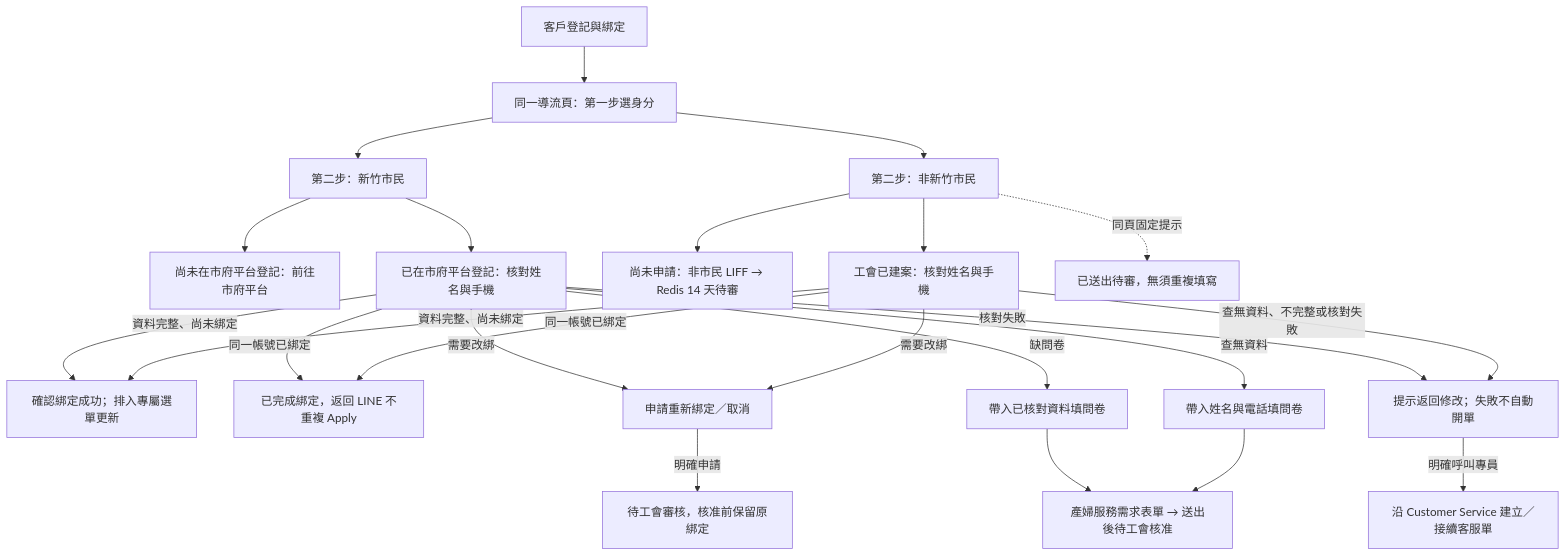
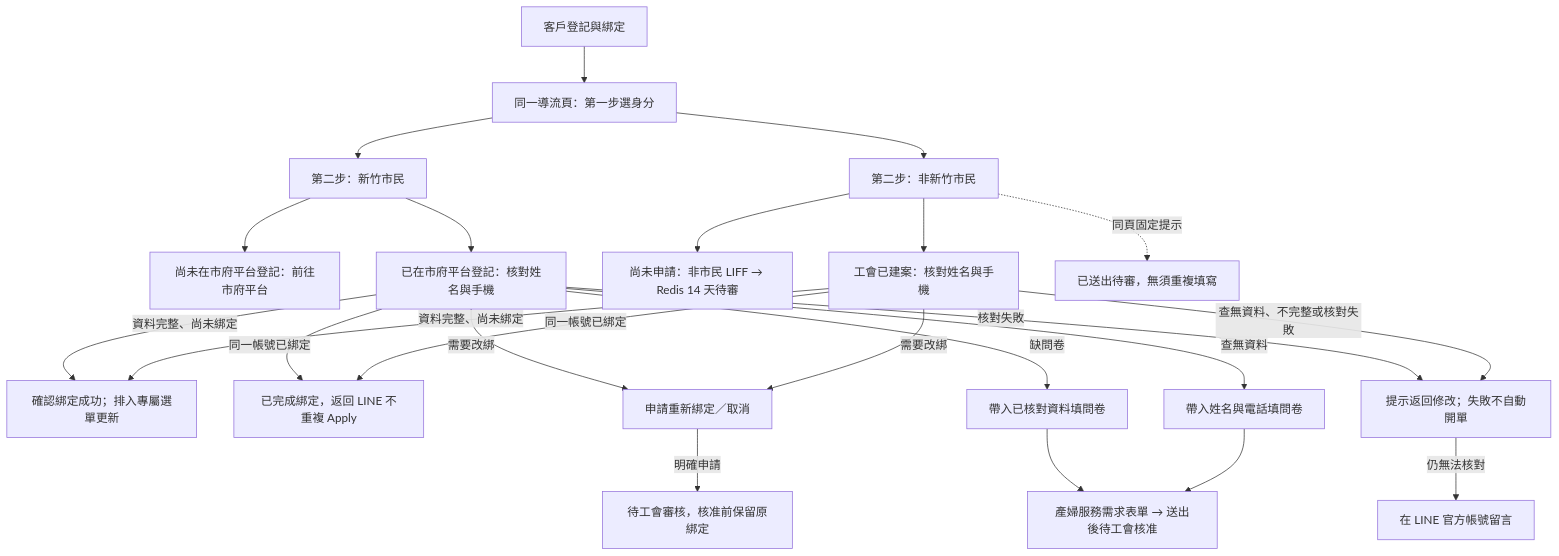
Before and after one commit to chrishzc/Labor_union: the first of 3 diagrams in document/架構重整/01_規格基線/26_LINE四大模組Eraser流程圖轉錄與驗收基線.md, drawn with Mermaid. The commit also changed other lines of this file and 138 other files, not shown here.

````diff
--- a/document/架構重整/01_規格基線/26_LINE四大模組Eraser流程圖轉錄與驗收基線.md
+++ b/document/架構重整/01_規格基線/26_LINE四大模組Eraser流程圖轉錄與驗收基線.md
@@ -43,25 +43,25 @@
 ```mermaid
 flowchart TD
     User_Entry["客戶登記與綁定"] --> Gateway_View["同一導流頁：第一步選身分"]
     Gateway_View --> Citizen_Status["第二步：新竹市民"]
     Gateway_View --> Non_Citizen_Status["第二步：非新竹市民"]
     Citizen_Status --> Branch_Gov_No["尚未在市府平台登記：前往市府平台"]
     Citizen_Status --> Branch_Gov_Yes["已在市府平台登記：核對姓名與手機"]
     Non_Citizen_Status --> Branch_Non_Citizen["尚未申請：非市民 LIFF → Redis 14 天待審"]
     Non_Citizen_Status --> Non_Citizen_Bind["工會已建案：核對姓名與手機"]
     Non_Citizen_Status -. 同頁固定提示 .-> Pending_Hint["已送出待審，無須重複填寫"]
     Branch_Gov_Yes -->|資料完整、尚未綁定| State_A["確認綁定成功；排入專屬選單更新"]
     Branch_Gov_Yes -->|同一帳號已綁定| Already_Bound["已完成綁定，返回 LINE 不重複 Apply"]
     Branch_Gov_Yes -->|需要改綁| Rebind_Request["申請重新綁定／取消"]
     Rebind_Request -->|明確申請| Rebind_Review["待工會審核，核准前保留原綁定"]
     Branch_Gov_Yes -->|缺問卷| State_B["帶入已核對資料填問卷"]
     Branch_Gov_Yes -->|查無資料| State_C["帶入姓名與電話填問卷"]
     State_B --> Register_Form["產婦服務需求表單 → 送出後待工會核准"]
     State_C --> Register_Form
     Branch_Gov_Yes -->|核對失敗| Retry_Fail["提示返回修改；失敗不自動開單"]
     Non_Citizen_Bind -->|資料完整、尚未綁定| State_A
     Non_Citizen_Bind -->|同一帳號已綁定| Already_Bound
     Non_Citizen_Bind -->|需要改綁| Rebind_Request
     Non_Citizen_Bind -->|查無資料、不完整或核對失敗| Retry_Fail
-    Retry_Fail -->|明確呼叫專員| Human_Call["沿 Customer Service 建立／接續客服單"]
+    Retry_Fail -->|仍無法核對| Human_Call["在 LINE 官方帳號留言"]
 ```
````
